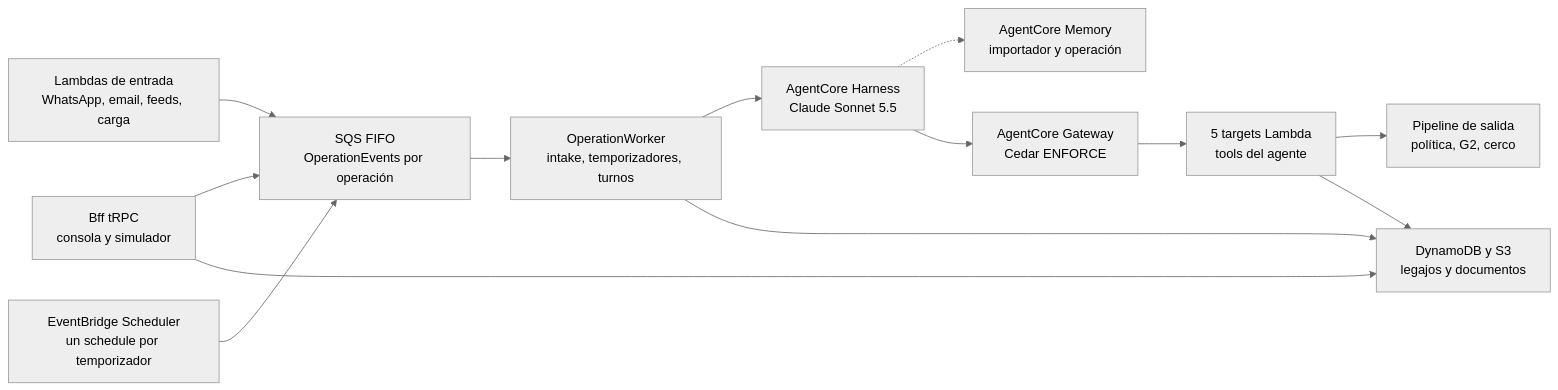
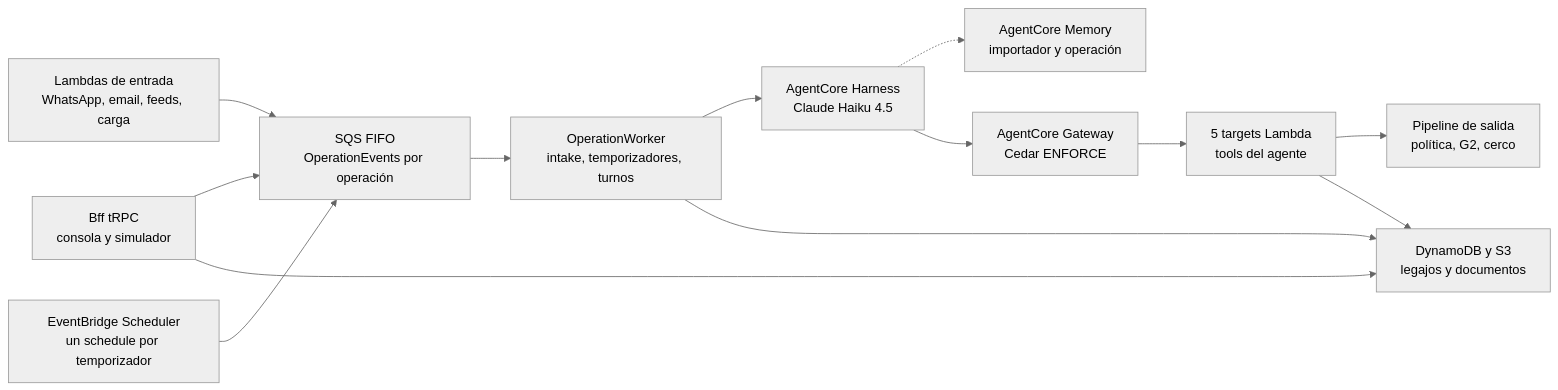
One commit to craftech-io/aws-cds-hackathon-poc-legajo changed the second of 4 diagrams in docs/architecture.md. Above: the diagram before and after it, drawn with Mermaid (neutral theme). The commit also changed other lines of this file and 23 other files, not shown here.

First line of the commit message:
Faster WhatsApp turns: Claude Haiku 4.5, reads in one step, and WhatsApp's typing animation (ADR-0018)

````diff
--- a/docs/architecture.md
+++ b/docs/architecture.md
@@ -126,26 +126,26 @@
 ```mermaid
 flowchart LR
   IN["Lambdas de entrada<br/>WhatsApp, email, feeds, carga"]
   BFF["Bff tRPC<br/>consola y simulador"]
   SCH["EventBridge Scheduler<br/>un schedule por temporizador"]
   Q["SQS FIFO<br/>OperationEvents por operación"]
   W["OperationWorker<br/>intake, temporizadores, turnos"]
-  H["AgentCore Harness<br/>Claude Sonnet 5.5"]
+  H["AgentCore Harness<br/>Claude Haiku 4.5"]
   MEM["AgentCore Memory<br/>importador y operación"]
   GW["AgentCore Gateway<br/>Cedar ENFORCE"]
   T["5 targets Lambda<br/>tools del agente"]
   OUT["Pipeline de salida<br/>política, G2, cerco"]
   DATA["DynamoDB y S3<br/>legajos y documentos"]
   IN --> Q
   BFF --> Q
   SCH --> Q
   Q --> W
   W --> H
   H -.-> MEM
   H --> GW
   GW --> T
   T --> OUT
   W --> DATA
   T --> DATA
   BFF --> DATA
 ```
````
